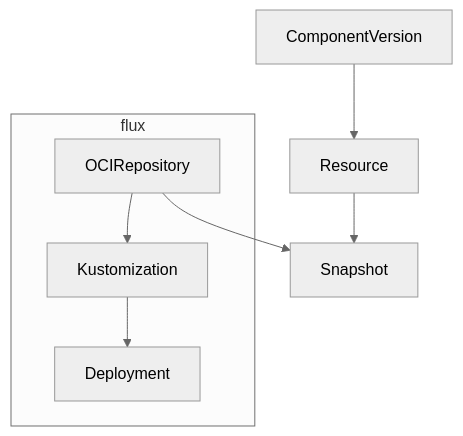
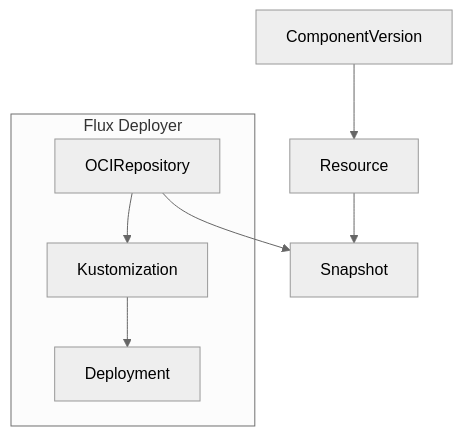
One commit to open-component-model/ocm-controller changed the diagram in README.md. Above: the diagram before and after it, drawn with Mermaid (neutral theme). The commit also changed other lines of this file and 72 other files, not shown here.

````diff
--- a/README.md
+++ b/README.md
@@ -117,8 +117,8 @@
 ```mermaid
   graph TD;
       ComponentVersion --> Resource --> Snapshot;
       OCIRepository --> Snapshot;
-      subgraph flux;
+      subgraph "Flux Deployer";
           OCIRepository --> Kustomization --> Deployment;
     end
 ```
````
